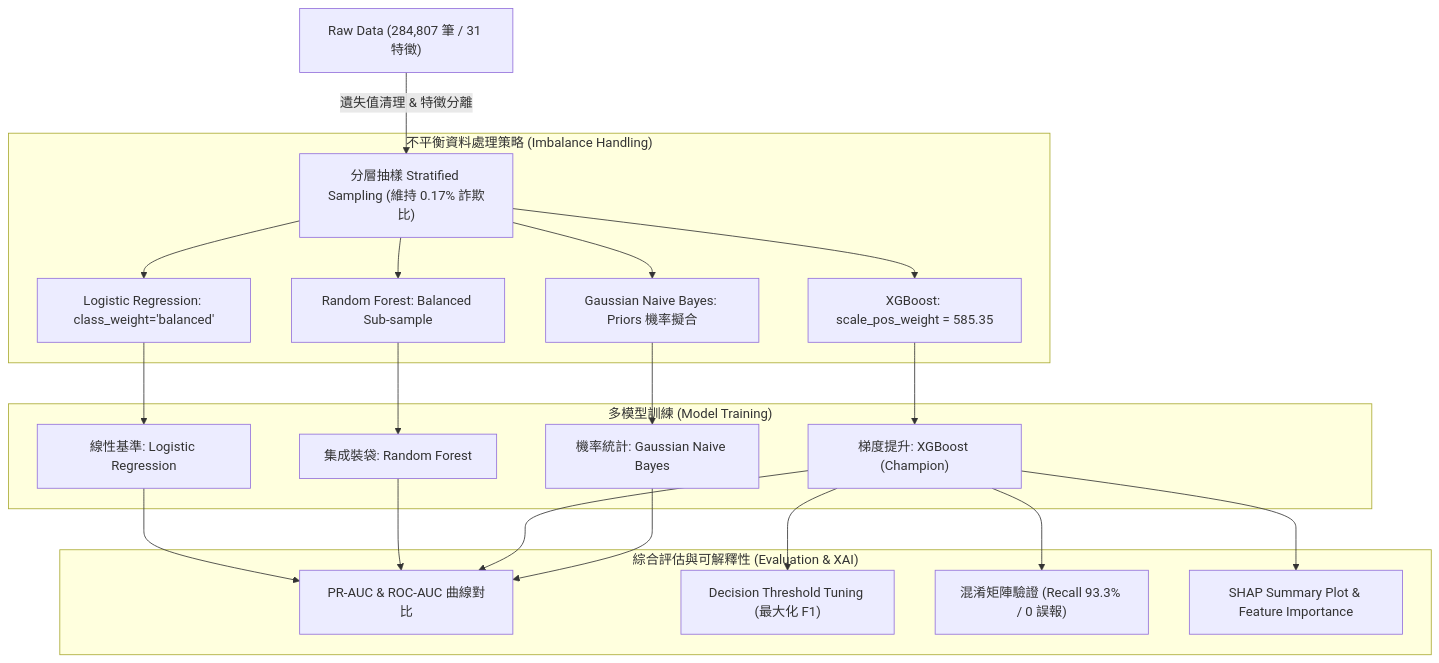
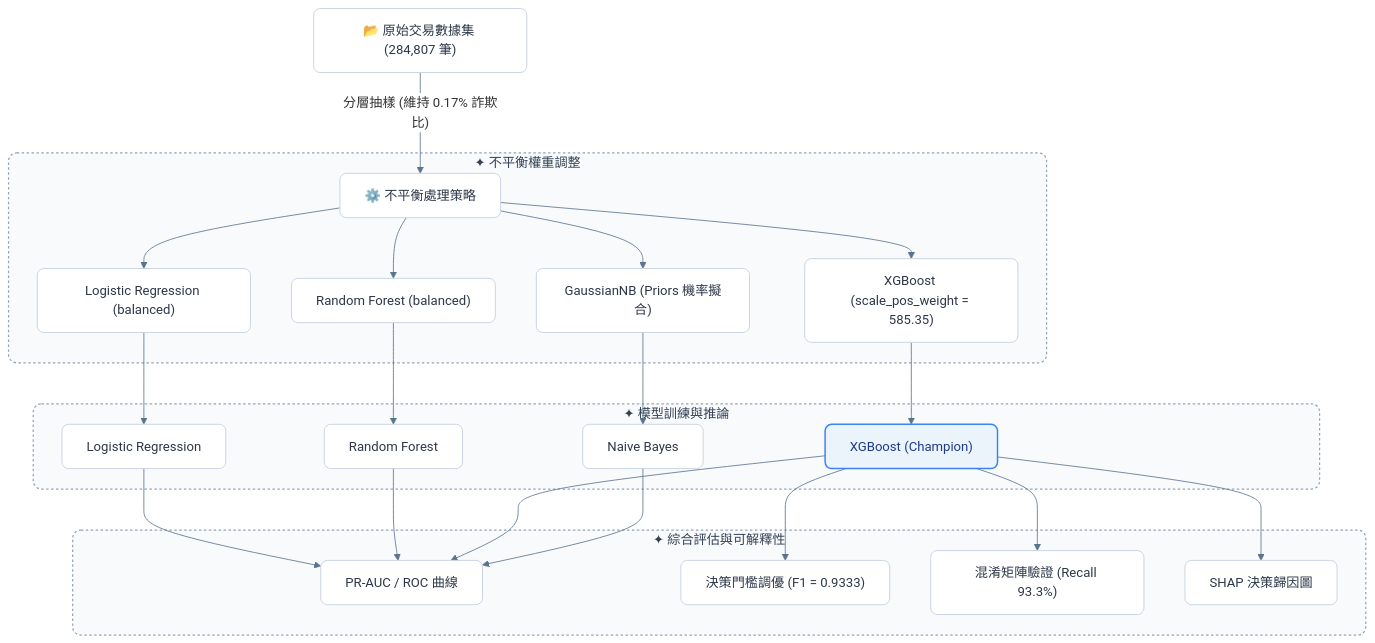
The diagram in README.md (rujoxum/fraud-detection), drawn with Mermaid before and after one commit. The commit also changed other lines of this file, not shown here.

````diff
--- a/README.md
+++ b/README.md
@@ -23,25 +23,33 @@
 ```mermaid
+%%{init: {'theme': 'base', 'themeVariables': { 'primaryColor': '#F4F6F9', 'edgeLabelBackground':'#FFFFFF', 'primaryBorderColor': '#4B6B94', 'lineColor': '#5A738E'}}}%%
 flowchart TD
-    A["Raw Data (284,807 筆 / 31 特徵)"] -->|"遺失值清理 & 特徵分離"| B["分層抽樣 Stratified Sampling (維持 0.17% 詐欺比)"]
+    A["📂 原始交易數據集 (284,807 筆)"] -->|"分層抽樣 (維持 0.17% 詐欺比)"| B["⚙️ 不平衡處理策略"]
     
-    subgraph Imbalance["不平衡資料處理策略 (Imbalance Handling)"]
-        B --> C1["Logistic Regression: class_weight='balanced'"]
-        B --> C2["Random Forest: Balanced Sub-sample"]
-        B --> C3["XGBoost: scale_pos_weight = 585.35"]
-        B --> C4["Gaussian Naive Bayes: Priors 機率擬合"]
+    subgraph S1 ["✦ 不平衡權重調整"]
+        B --> C1["Logistic Regression (balanced)"]
+        B --> C2["Random Forest (balanced)"]
+        B --> C3["XGBoost (scale_pos_weight = 585.35)"]
+        B --> C4["GaussianNB (Priors 機率擬合)"]
     end
 
-    subgraph Models["多模型訓練 (Model Training)"]
-        C1 --> M1["線性基準: Logistic Regression"]
-        C2 --> M2["集成裝袋: Random Forest"]
-        C3 --> M3["梯度提升: XGBoost (Champion)"]
-        C4 --> M4["機率統計: Gaussian Naive Bayes"]
+    subgraph S2 ["✦ 模型訓練與推論"]
+        C1 --> M1["Logistic Regression"]
+        C2 --> M2["Random Forest"]
+        C3 --> M3["XGBoost (Champion)"]
+        C4 --> M4["Naive Bayes"]
     end
 
-    subgraph Evaluation["綜合評估與可解釋性 (Evaluation & XAI)"]
-        M1 & M2 & M3 & M4 --> E1["PR-AUC & ROC-AUC 曲線對比"]
-        M3 --> E2["Decision Threshold Tuning (最大化 F1)"]
-        M3 --> E3["混淆矩陣驗證 (Recall 93.3% / 0 誤報)"]
-        M3 --> E4["SHAP Summary Plot & Feature Importance"]
+    subgraph S3 ["✦ 綜合評估與可解釋性"]
+        M1 & M2 & M3 & M4 --> E1["PR-AUC / ROC 曲線"]
+        M3 --> E2["決策門檻調優 (F1 = 0.9333)"]
+        M3 --> E3["混淆矩陣驗證 (Recall 93.3%)"]
+        M3 --> E4["SHAP 決策歸因圖"]
     end
+
+    classDef default fill:#FFFFFF,stroke:#CAD5E2,stroke-width:1.2px,color:#2D3748,rx:8px,ry:8px;
+    classDef highlight fill:#EBF3FB,stroke:#3B82F6,stroke-width:1.8px,color:#1E3A8A,rx:8px,ry:8px;
+    classDef titleBox fill:#F8FAFC,stroke:#94A3B8,stroke-width:1.5px,stroke-dasharray: 3 3,color:#334155,rx:10px,ry:10px;
+
+    class M3 highlight;
+    class S1,S2,S3 titleBox;
 ```
````
